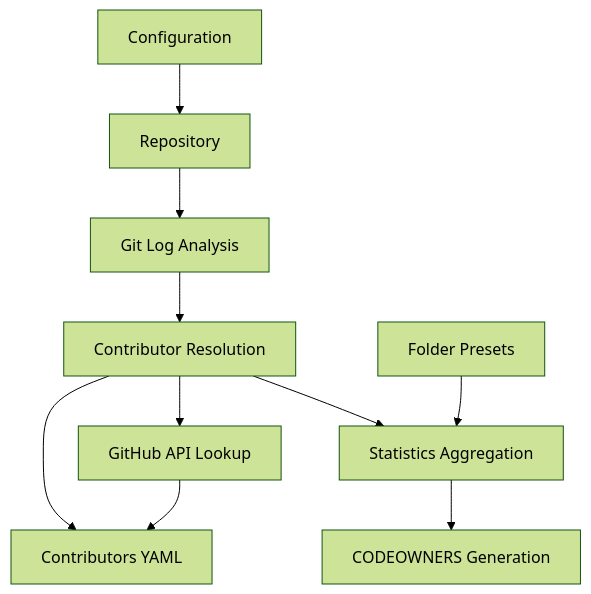
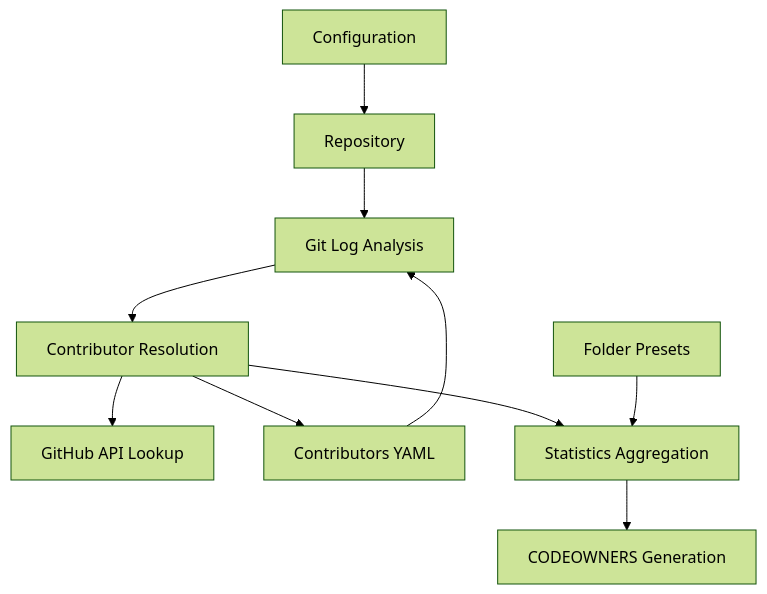
Before and after one commit to sonic-net/sonic-pipelines: the diagram in scripts/code-owners/doc/index.md, drawn with Mermaid (forest theme).

````diff
--- a/scripts/code-owners/doc/index.md
+++ b/scripts/code-owners/doc/index.md
@@ -32,13 +32,13 @@
 ```mermaid
 graph TD
     A[Repository] --> B[Git Log Analysis]
     B --> C[Contributor Resolution]
     C --> D[GitHub API Lookup]
     C --> H[Contributors YAML]
     C --> E[Statistics Aggregation]
     E --> F[CODEOWNERS Generation]
     
     G[Folder Presets] --> E
     I[Configuration] --> A
-    D[GitHub API Lookup] --> H
+    H[Contributors YAML] --> B
 ```
````
